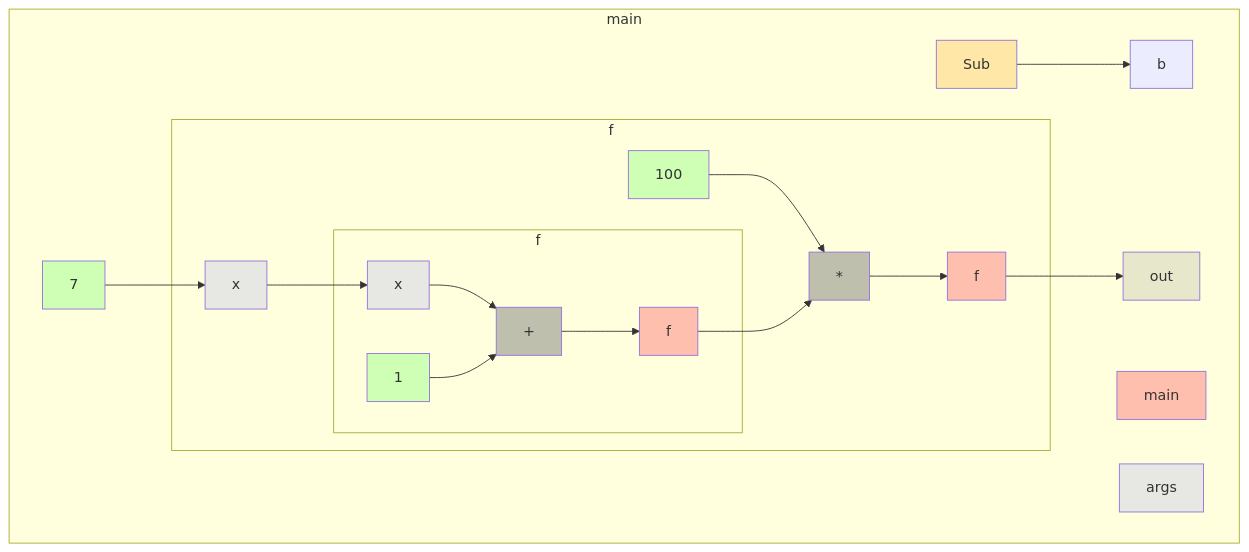
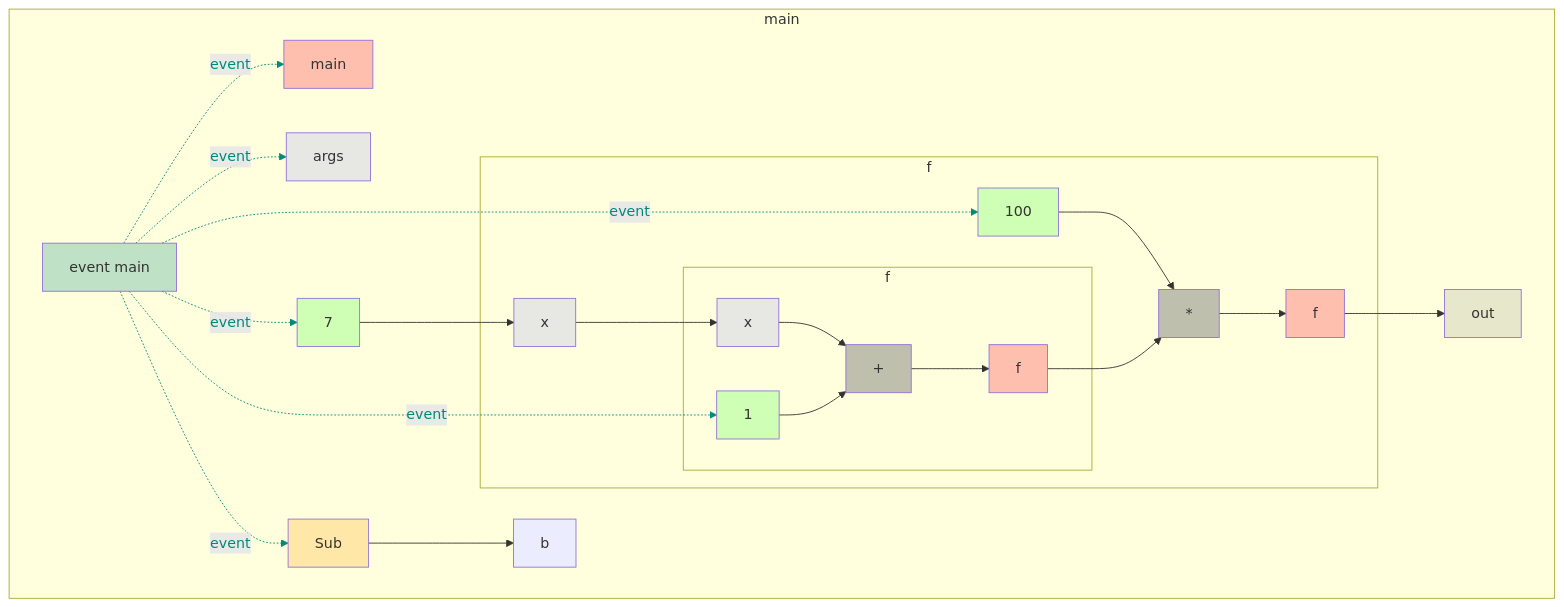
The diagram in app/src/test/resources/overriddenSuper/snapshot.md (gstiebler/codeflow), drawn with Mermaid before and after one commit. The commit also changed 77 other files, not shown here.

````diff
--- a/app/src/test/resources/overriddenSuper/snapshot.md
+++ b/app/src/test/resources/overriddenSuper/snapshot.md
@@ -1,40 +1,54 @@
 ```mermaid
 flowchart TD
   subgraph b0["main"]
-    n1[main]:::RETURN
-    n2[args]:::FUNC_PARAM
-    n3[Sub]:::EXTERNAL
-    n4[b]:::OBJ_VARIABLE
-    n5[7]:::LITERAL
-    n16[out]:::VARIABLE
-    n3[Sub]:::EXTERNAL --> n4[b]:::OBJ_VARIABLE
-    n5[7]:::LITERAL --> n8[x]:::FUNC_PARAM
-    n7[f]:::RETURN --> n16[out]:::VARIABLE
-    subgraph b6["f"]
-      n7[f]:::RETURN
-      n8[x]:::FUNC_PARAM
-      n14[100]:::LITERAL
-      n15[*]:::BIN_OP
-      n8[x]:::FUNC_PARAM --> n11[x]:::FUNC_PARAM
-      n14[100]:::LITERAL --> n15[*]:::BIN_OP
-      n15[*]:::BIN_OP --> n7[f]:::RETURN
-      n10[f]:::RETURN --> n15[*]:::BIN_OP
-      subgraph b9["f"]
-        n10[f]:::RETURN
-        n11[x]:::FUNC_PARAM
-        n12[1]:::LITERAL
-        n13[+]:::BIN_OP
-        n11[x]:::FUNC_PARAM --> n13[+]:::BIN_OP
-        n12[1]:::LITERAL --> n13[+]:::BIN_OP
-        n13[+]:::BIN_OP --> n10[f]:::RETURN
+    n1[event main]:::EVENT
+    n2[main]:::RETURN
+    n3[args]:::FUNC_PARAM
+    n4[Sub]:::EXTERNAL
+    n5[b]:::OBJ_VARIABLE
+    n6[7]:::LITERAL
+    n17[out]:::VARIABLE
+    n1[event main]:::EVENT -. event .-> n2[main]:::RETURN
+    n1[event main]:::EVENT -. event .-> n3[args]:::FUNC_PARAM
+    n1[event main]:::EVENT -. event .-> n4[Sub]:::EXTERNAL
+    n1[event main]:::EVENT -. event .-> n6[7]:::LITERAL
+    n1[event main]:::EVENT -. event .-> n15[100]:::LITERAL
+    n1[event main]:::EVENT -. event .-> n13[1]:::LITERAL
+    n4[Sub]:::EXTERNAL --> n5[b]:::OBJ_VARIABLE
+    n6[7]:::LITERAL --> n9[x]:::FUNC_PARAM
+    n8[f]:::RETURN --> n17[out]:::VARIABLE
+    subgraph b7["f"]
+      n8[f]:::RETURN
+      n9[x]:::FUNC_PARAM
+      n15[100]:::LITERAL
+      n16[*]:::BIN_OP
+      n9[x]:::FUNC_PARAM --> n12[x]:::FUNC_PARAM
+      n15[100]:::LITERAL --> n16[*]:::BIN_OP
+      n16[*]:::BIN_OP --> n8[f]:::RETURN
+      n11[f]:::RETURN --> n16[*]:::BIN_OP
+      subgraph b10["f"]
+        n11[f]:::RETURN
+        n12[x]:::FUNC_PARAM
+        n13[1]:::LITERAL
+        n14[+]:::BIN_OP
+        n12[x]:::FUNC_PARAM --> n14[+]:::BIN_OP
+        n13[1]:::LITERAL --> n14[+]:::BIN_OP
+        n14[+]:::BIN_OP --> n11[f]:::RETURN
       end
     end
   end
+  linkStyle 0 stroke:#00897b,color:#00897b
+  linkStyle 1 stroke:#00897b,color:#00897b
+  linkStyle 2 stroke:#00897b,color:#00897b
+  linkStyle 3 stroke:#00897b,color:#00897b
+  linkStyle 4 stroke:#00897b,color:#00897b
+  linkStyle 5 stroke:#00897b,color:#00897b
   classDef LITERAL fill:#00FF0030
   classDef VARIABLE fill:#80808030
   classDef BIN_OP fill:#80808080
   classDef FUNC_PARAM fill:#8080FF30
   classDef RETURN fill:#FF808080
   classDef EXTERNAL fill:#FFA50040
   classDef UNMODELLED fill:#FF000030,stroke-dasharray: 4 2
+  classDef EVENT fill:#00897B40
 ```
````
